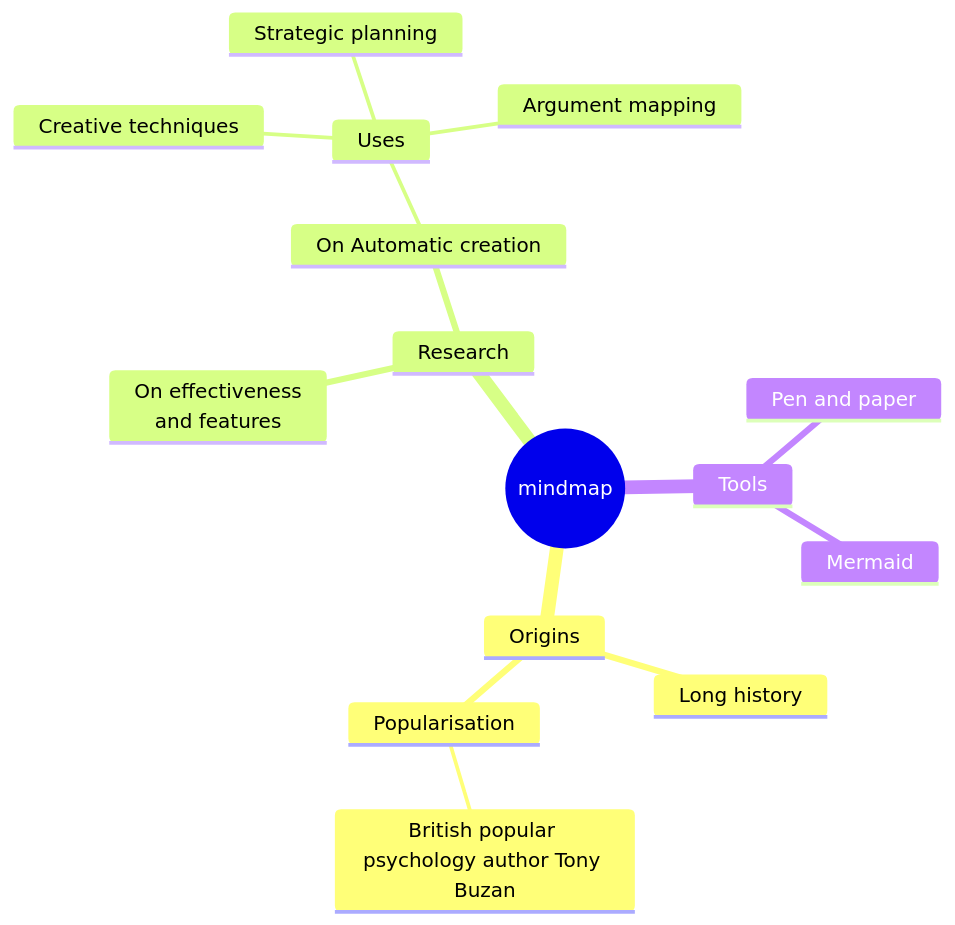
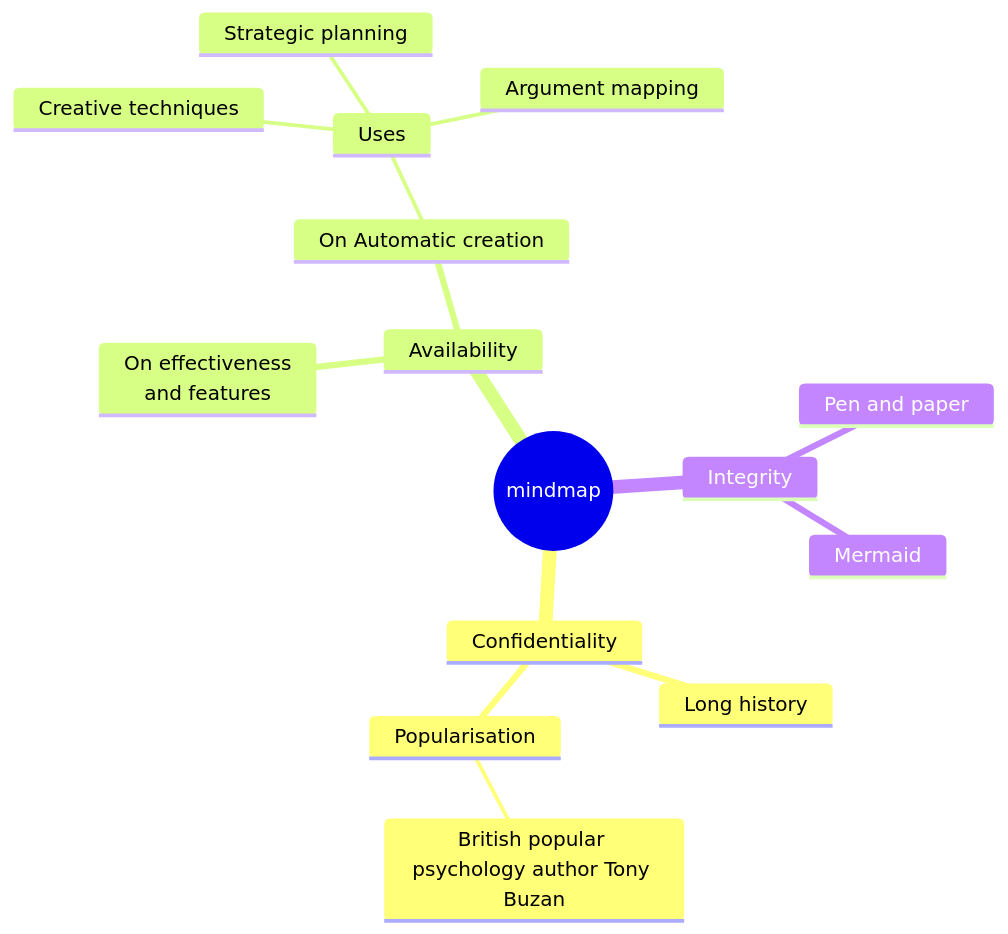
Before and after one commit to Kietpawpan/pdpa: the eighth of 8 diagrams in README.md, drawn with Mermaid.

````diff
--- a/README.md
+++ b/README.md
@@ -173,19 +173,19 @@
 ```mermaid
 mindmap
-  root((mindmap))
-    Origins
+  Data Breach((mindmap))
+    Confidentiality
       Long history
       ::icon(fa fa-book)
       Popularisation
         British popular psychology author Tony Buzan
-    Research
+    Availability
       On effectiveness<br/>and features
       On Automatic creation
         Uses
             Creative techniques
             Strategic planning
             Argument mapping
-    Tools
+    Integrity
       Pen and paper
       Mermaid
 ```
````
